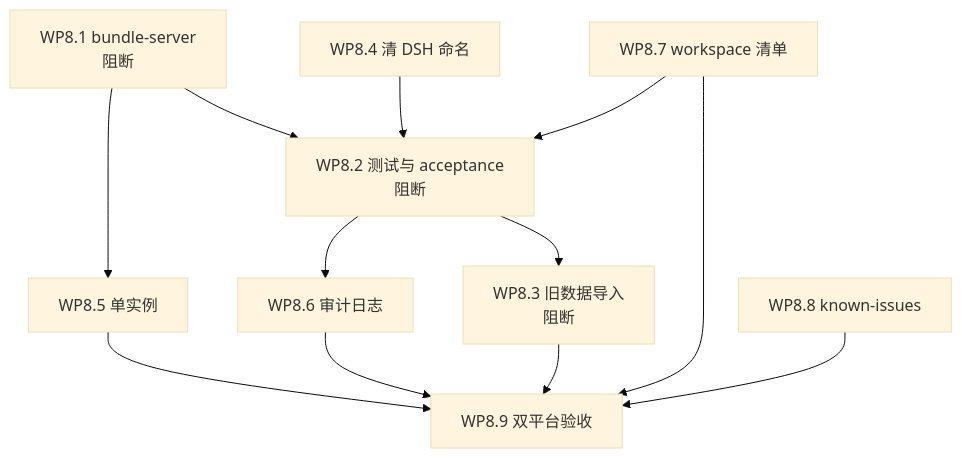
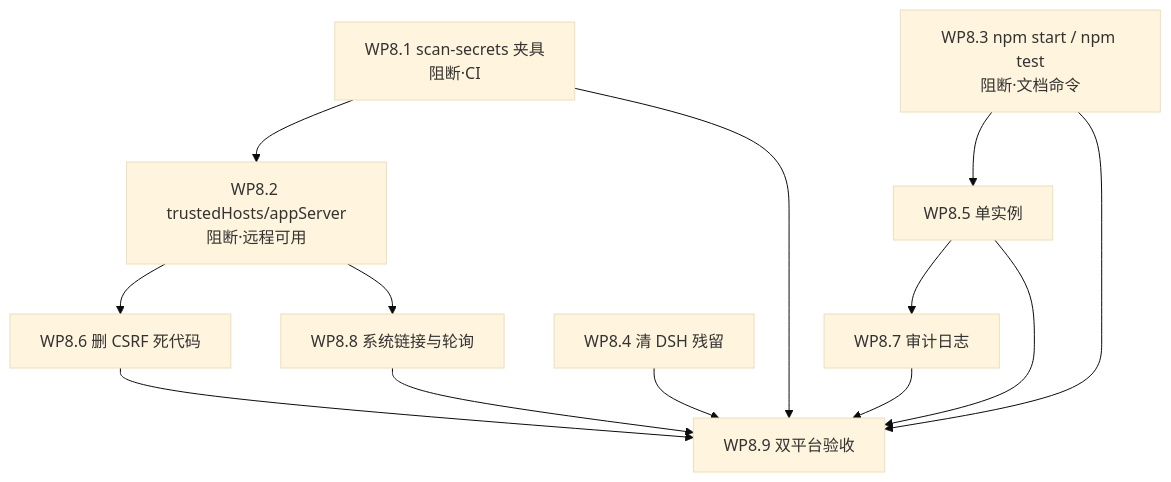
One commit to alicia1030su/ai-debate changed the diagram in docs/task-plan.md. Above: the diagram before and after it, drawn with Mermaid (base theme). The commit also changed other lines of this file and 17 other files, not shown here.

````diff
--- a/docs/task-plan.md
+++ b/docs/task-plan.md
@@ -143,15 +140,16 @@
 ```mermaid
 graph TD
-  WP81[WP8.1 bundle-server<br/>阻断] --> WP82[WP8.2 测试与 acceptance<br/>阻断]
-  WP81 --> WP85[WP8.5 单实例]
-  WP82 --> WP83[WP8.3 旧数据导入<br/>阻断]
-  WP82 --> WP86[WP8.6 审计日志]
-  WP84[WP8.4 清 DSH 命名] --> WP82
-  WP87[WP8.7 workspace 清单] --> WP82
-  WP88[WP8.8 known-issues]
-  WP85 --> WP89[WP8.9 双平台验收]
+  WP81[WP8.1 scan-secrets 夹具<br/>阻断·CI] --> WP82[WP8.2 trustedHosts/appServer<br/>阻断·远程可用]
+  WP81 --> WP89[WP8.9 双平台验收]
+  WP82 --> WP86[WP8.6 删 CSRF 死代码]
+  WP82 --> WP88[WP8.8 系统链接与轮询]
+  WP83[WP8.3 npm start / npm test<br/>阻断·文档命令] --> WP85[WP8.5 单实例]
+  WP83 --> WP89
+  WP84[WP8.4 清 DSH 残留]
+  WP84 --> WP89
+  WP85 --> WP87[WP8.7 审计日志]
+  WP85 --> WP89
   WP86 --> WP89
-  WP83 --> WP89
   WP87 --> WP89
   WP88 --> WP89
 ```
````
